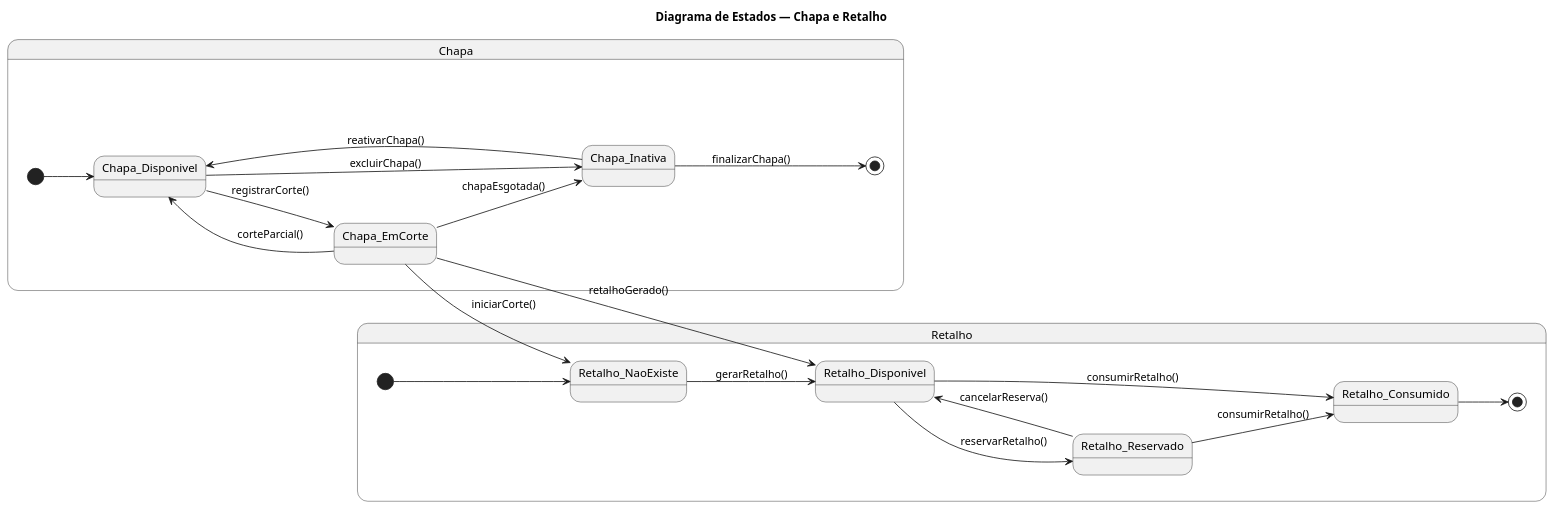
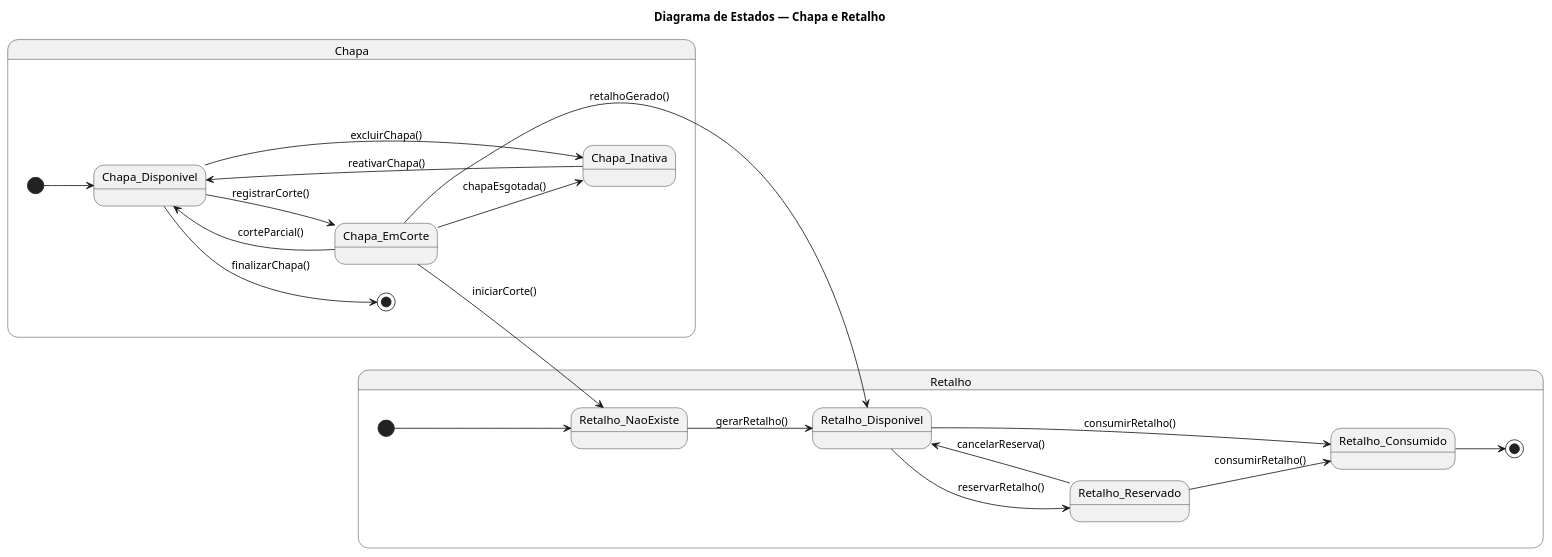
The third of 3 diagrams in DIAGRAMA_ESTADOS.md (WlFerrari/TetusManager), drawn with PlantUML before and after one commit. The commit also changed other lines of this file and 21 other files, not shown here.

````diff
--- a/DIAGRAMA_ESTADOS.md
+++ b/DIAGRAMA_ESTADOS.md
@@ -49,31 +49,31 @@
 ```plantuml
 @startuml
 left to right direction
 title Diagrama de Estados — Chapa e Retalho
 
 state Chapa {
   [*] --> Chapa_Disponivel
   Chapa_Disponivel --> Chapa_EmCorte : registrarCorte()
   Chapa_EmCorte --> Chapa_Disponivel : corteParcial()
   Chapa_EmCorte --> Chapa_Inativa : chapaEsgotada()
   Chapa_Disponivel --> Chapa_Inativa : excluirChapa()
   Chapa_Inativa --> Chapa_Disponivel : reativarChapa()
-  Chapa_Inativa --> [*] : finalizarChapa()
+  Chapa_Disponivel --> [*] : finalizarChapa()
 }
 
 state Retalho {
   [*] --> Retalho_NaoExiste
   Retalho_NaoExiste --> Retalho_Disponivel : gerarRetalho()
   Retalho_Disponivel --> Retalho_Reservado : reservarRetalho()
   Retalho_Reservado --> Retalho_Disponivel : cancelarReserva()
   Retalho_Disponivel --> Retalho_Consumido : consumirRetalho()
   Retalho_Reservado --> Retalho_Consumido : consumirRetalho()
   Retalho_Consumido --> [*]
 }
 
 Chapa -[hidden]-> Retalho
 Chapa_EmCorte --> Retalho_NaoExiste : iniciarCorte()
 Chapa_EmCorte --> Retalho_Disponivel : retalhoGerado()
 
 @enduml
 ```
````
